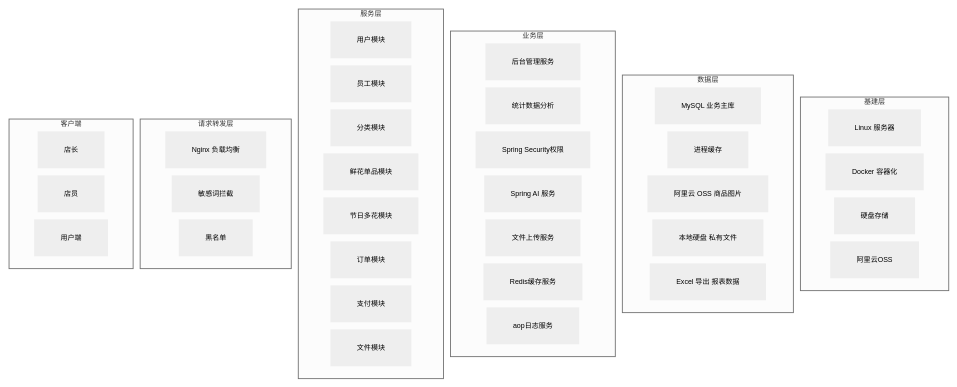
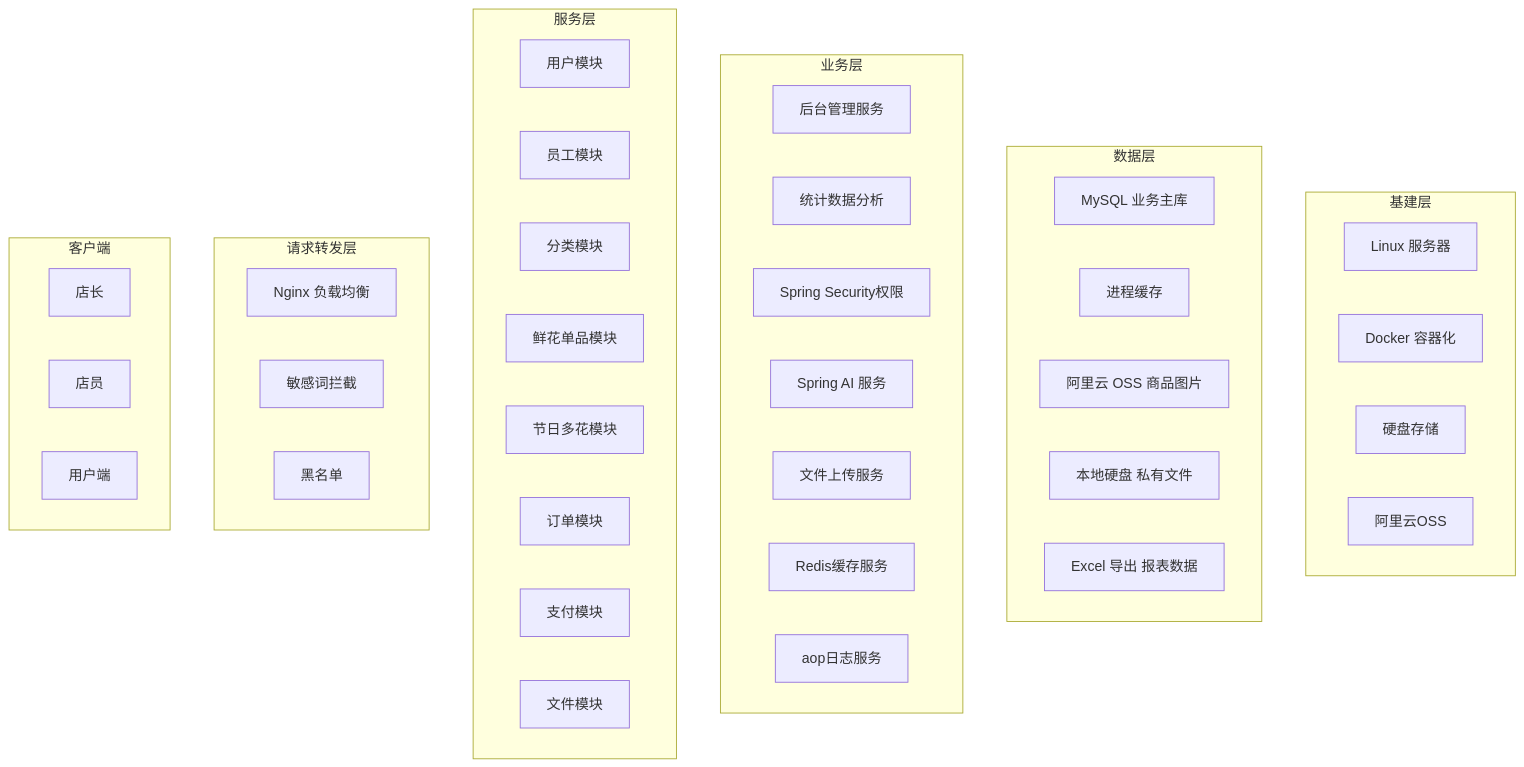
The first of 9 diagrams in README.md (1reaikeyi/flowerpay-ai), drawn with Mermaid before and after one commit. The commit also changed other lines of this file and 3 other files, not shown here.

````diff
--- a/README.md
+++ b/README.md
@@ -34,61 +34,60 @@
 ```mermaid
-%%{init: {'theme':'neutral','themeVariables':{'fontSize':'8px','nodeBorder':'2px'},'flowchart':{'nodeSpacing':8,'rankSpacing':32,'useMaxWidth':false,'curve':'basis'}}}%%
-	flowchart TB
+flowchart TB
 	%% ============ 基建层 ============
     subgraph INFRA["基建层"]
         direction LR
         I1["Linux 服务器"]
         I2["Docker 容器化"]
         I3["硬盘存储"]
         I4["阿里云OSS"]
     end
      %% ============ 数据层 ============
     subgraph DATA["数据层"]
         direction LR
         D1["MySQL 业务主库"]
         D2["Redis 缓存/分布式锁"]
         D3["阿里云 OSS 商品图片"]
         D4["本地硬盘 私有文件"]
         D5["Excel 导出 报表数据"]
         D2["进程缓存"]
     end
  	%% ============ 业务层 ============
     subgraph BIZ["业务层"]
         direction LR
         BK1["后台管理服务"]
         BK2["统计数据分析"]
         BK3["Spring Security权限"]
         BK4["Spring AI 服务"]
         BK5["文件上传服务"]
         BK6["Redis缓存服务"]
         BK7["aop日志服务"]
     end
     
     %% ============ 服务层（业务模块）============
     subgraph SERVICE["服务层"]
         direction LR
         S1["用户模块"]
         S2["员工模块"]
         S3["分类模块"]
         S4["鲜花单品模块"]
         S5["节日多花模块"]
         S7["订单模块"]
         S8["支付模块"]
         S9["文件模块"]
     end
   	%% ============ 请求转发层 ============
     subgraph GATEWAY["请求转发层"]
         direction LR
         GB1["Nginx 负载均衡"]
         GB2["敏感词拦截"]
         GB3["黑名单"]
     end
 
     %% ============ 客户端 ============
     subgraph CLIENT["客户端"]
         direction LR
         C1["店长"]
         C3["店员"]
         C2["用户端"]
     end
 ```
````
